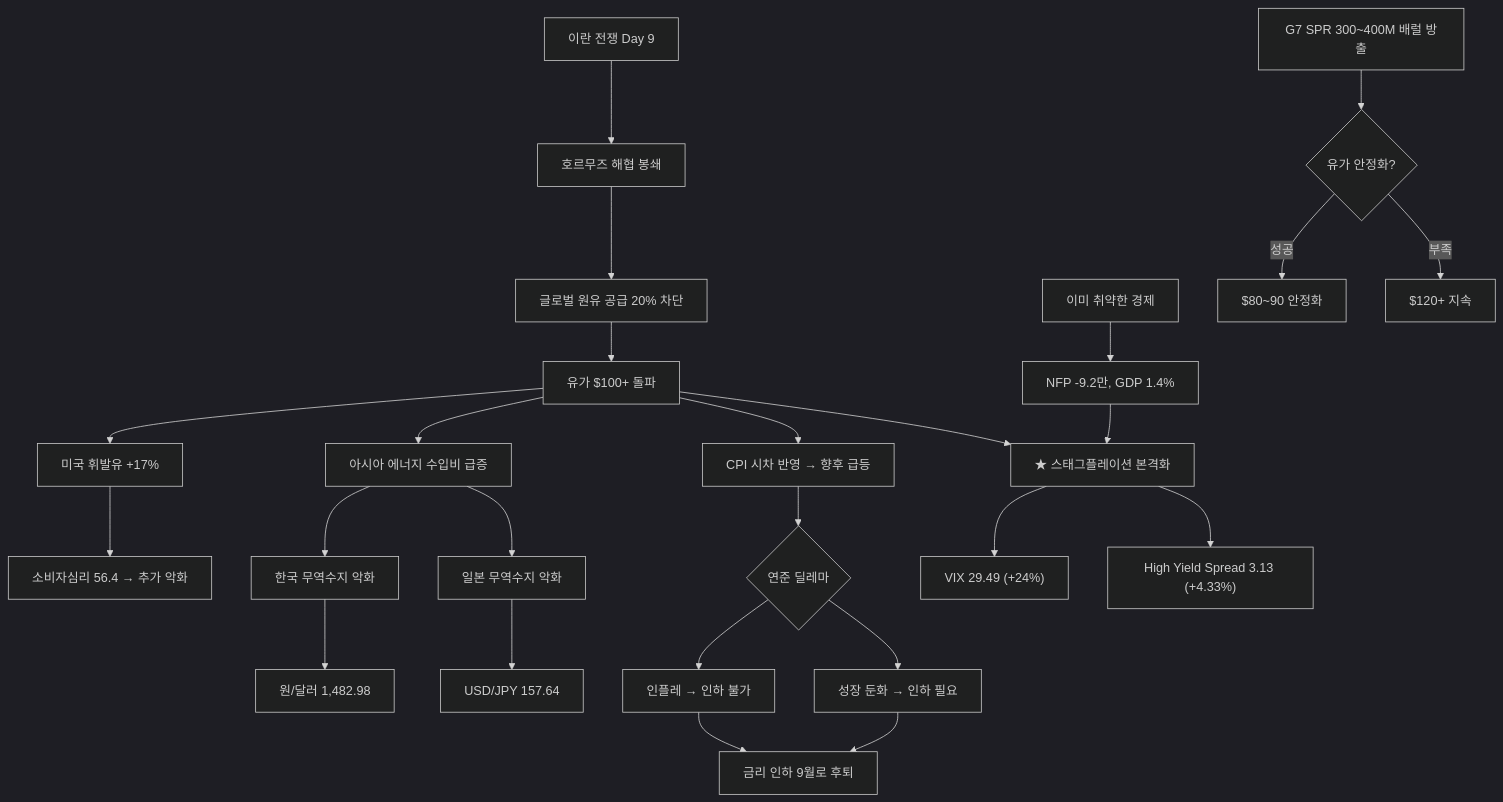
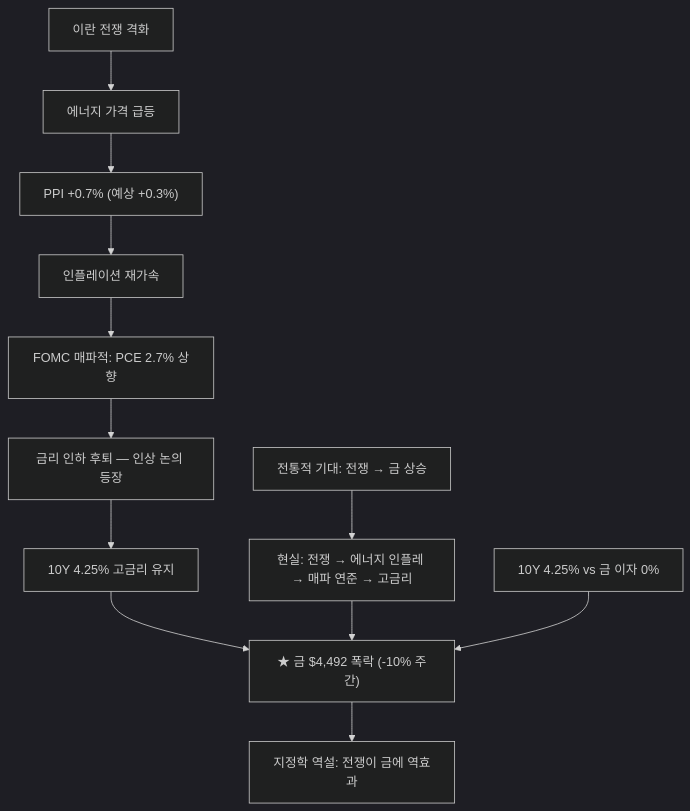
One commit to dss99911/dss99911.github.io changed the first of 11 diagrams in _posts/knowledge/invest/2026-01-21-macroeconomic-policy-sector-outlook-2026.md. Above: the diagram before and after it, drawn with Mermaid (dark theme). The commit also changed other lines of this file and 5 other files, not shown here.

````diff
--- a/_posts/knowledge/invest/2026-01-21-macroeconomic-policy-sector-outlook-2026.md
+++ b/_posts/knowledge/invest/2026-01-21-macroeconomic-policy-sector-outlook-2026.md
@@ -80,27 +68,14 @@
 ```mermaid
 graph TD
-    A["이란 전쟁 Day 9"] --> B["호르무즈 해협 봉쇄"]
-    B --> C["글로벌 원유 공급 20% 차단"]
-    C --> D["유가 $100+ 돌파"]
-    D --> E["미국 휘발유 +17%"]
-    D --> F["아시아 에너지 수입비 급증"]
-    D --> G["CPI 시차 반영 → 향후 급등"]
-    E --> H["소비자심리 56.4 → 추가 악화"]
-    F --> I["한국 무역수지 악화"]
-    F --> J["일본 무역수지 악화"]
-    I --> K["원/달러 1,482.98"]
-    J --> L["USD/JPY 157.64"]
-    G --> M{"연준 딜레마"}
-    M --> N["인플레 → 인하 불가"]
-    M --> O["성장 둔화 → 인하 필요"]
-    N --> P["금리 인하 9월로 후퇴"]
-    O --> P
-    Q["이미 취약한 경제"] --> R["NFP -9.2만, GDP 1.4%"]
-    R --> S["★ 스태그플레이션 본격화"]
-    D --> S
-    S --> T["VIX 29.49 (+24%)"]
-    S --> U["High Yield Spread 3.13 (+4.33%)"]
-    V["G7 SPR 300~400M 배럴 방출"] --> W{"유가 안정화?"}
-    W -->|"성공"| X["$80~90 안정화"]
-    W -->|"부족"| Y["$120+ 지속"]
+    A["이란 전쟁 격화"] --> B["에너지 가격 급등"]
+    B --> C["PPI +0.7% #40;예상 +0.3%#41;"]
+    C --> D["인플레이션 재가속"]
+    D --> E["FOMC 매파적: PCE 2.7% 상향"]
+    E --> F["금리 인하 후퇴 — 인상 논의 등장"]
+    F --> G["10Y 4.25% 고금리 유지"]
+    G --> H["★ 금 $4,492 폭락 #40;-10% 주간#41;"]
+    I["전통적 기대: 전쟁 → 금 상승"] --> J["현실: 전쟁 → 에너지 인플레 → 매파 연준 → 고금리"]
+    J --> H
+    H --> K["지정학 역설: 전쟁이 금에 역효과"]
+    L["10Y 4.25% vs 금 이자 0%"] --> H
 ```
````
